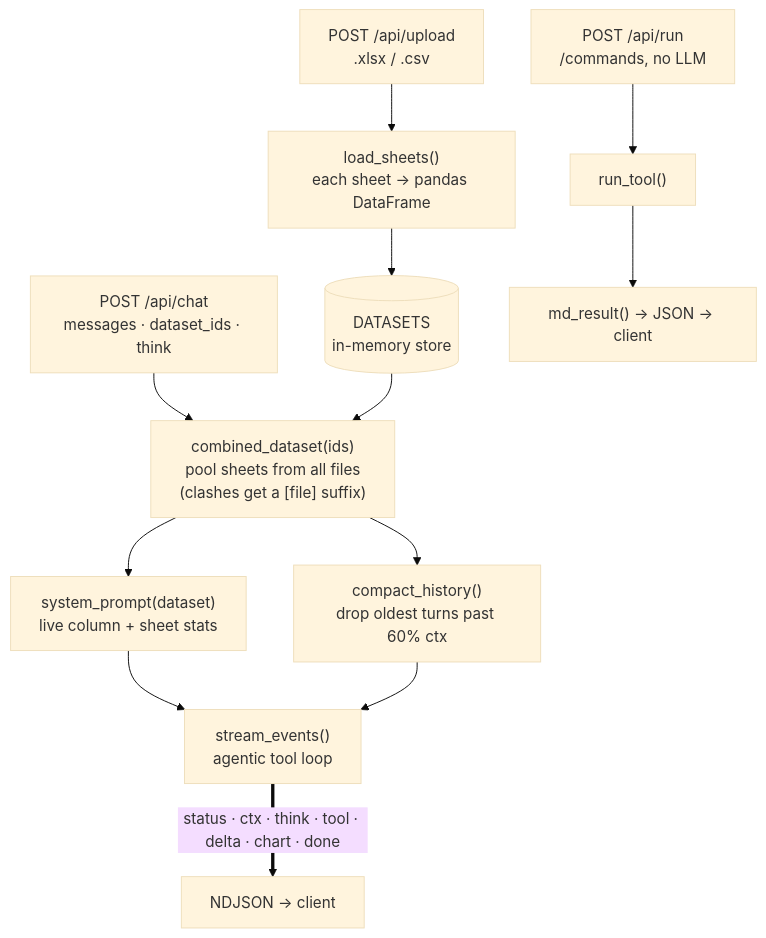
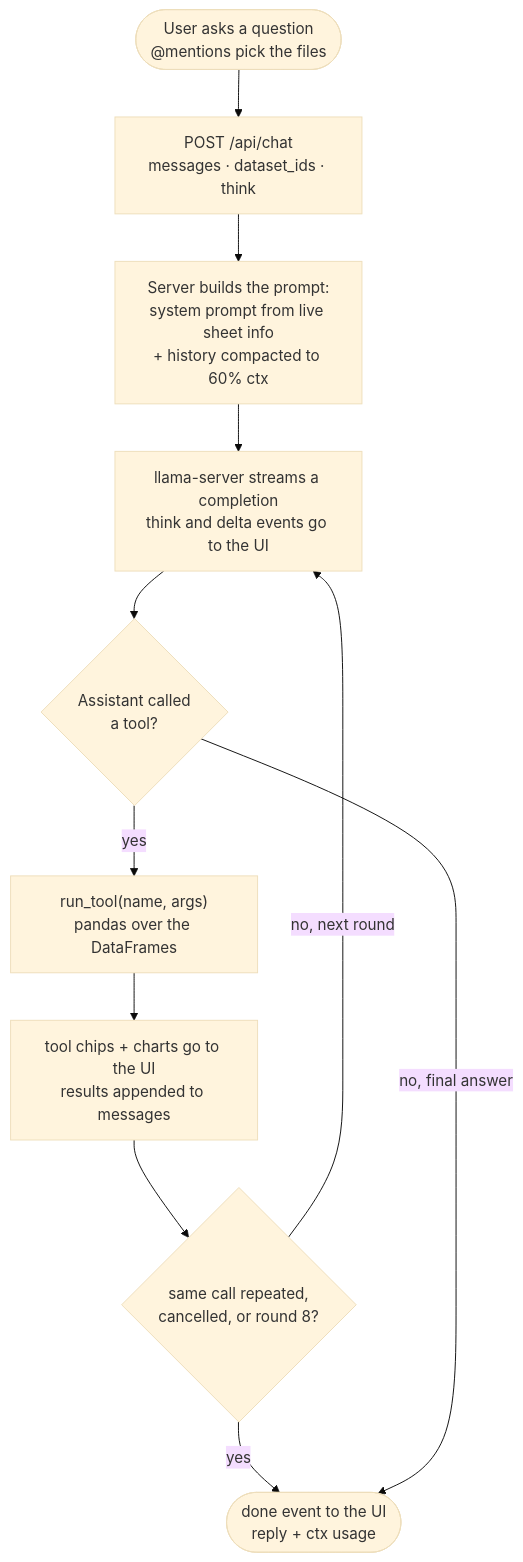
The second of 2 diagrams in README.md (shuhailycasan/tabitha), drawn with Mermaid (base theme) before and after one commit. The commit also changed other lines of this file, not shown here.

First line of the commit message:
Replace server diagram with agentic loop flowchart

````diff
--- a/README.md
+++ b/README.md
@@ -68,14 +94,13 @@
 ```mermaid
 flowchart TD
-    U["POST /api/upload<br>.xlsx / .csv"] --> L["load_sheets()<br>each sheet → pandas DataFrame"]
-    L --> DS[("DATASETS<br>in-memory store")]
-    C["POST /api/chat<br>messages · dataset_ids · think"] --> CD["combined_dataset(ids)<br>pool sheets from all files<br>(clashes get a [file] suffix)"]
-    DS --> CD
-    CD --> SP["system_prompt(dataset)<br>live column + sheet stats"]
-    CD --> CH["compact_history()<br>drop oldest turns past 60% ctx"]
-    SP --> SE["stream_events()<br>agentic tool loop"]
-    CH --> SE
-    SE ==>|"status · ctx · think · tool · delta · chart · done"| UI["NDJSON → client"]
-    R["POST /api/run<br>/commands, no LLM"] --> RT["run_tool()"]
-    RT --> MD["md_result() → JSON → client"]
+    A(["User asks a question<br>@mentions pick the files"]) --> B["POST /api/chat<br>messages · dataset_ids · think"]
+    B --> C["Server builds the prompt:<br>system prompt from live sheet info<br>+ history compacted to 60% ctx"]
+    C --> D["llama-server streams a completion<br>think and delta events go to the UI"]
+    D --> E{Assistant called<br>a tool?}
+    E -- "yes" --> F["run_tool(name, args)<br>pandas over the DataFrames"]
+    F --> G["tool chips + charts go to the UI<br>results appended to messages"]
+    G --> H{"same call repeated,<br>cancelled, or round 8?"}
+    H -- "no, next round" --> D
+    H -- "yes" --> Z(["done event to the UI<br>reply + ctx usage"])
+    E -- "no, final answer" --> Z
 ```
````
